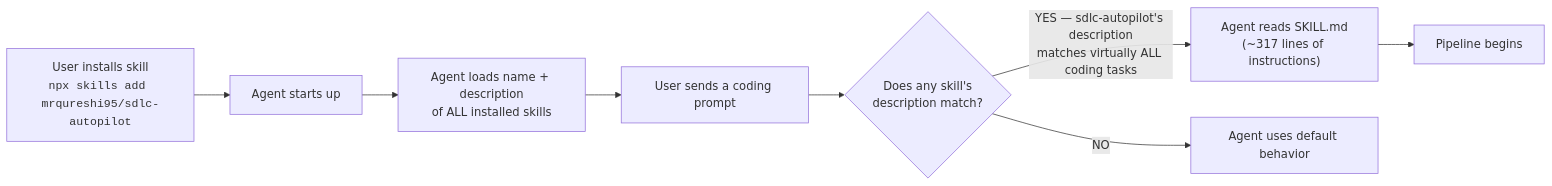
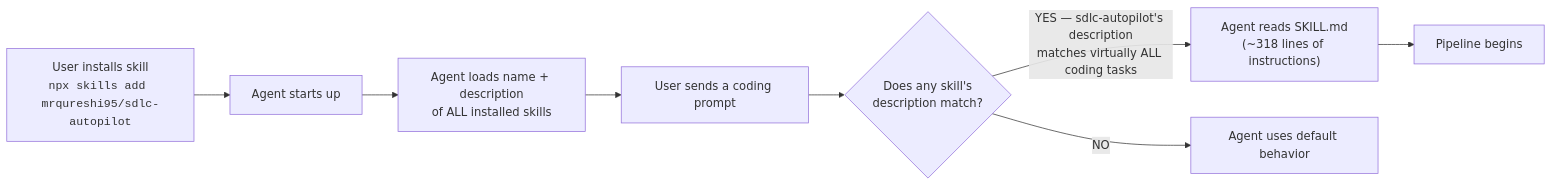
The first of 10 diagrams in GUIDANCE.md (mrqureshi95/sdlc-autopilot), drawn with Mermaid before and after one commit. The commit also changed other lines of this file and 12 other files, not shown here.

````diff
--- a/GUIDANCE.md
+++ b/GUIDANCE.md
@@ -13,10 +13,10 @@
 ```mermaid
 flowchart LR
     A["User installs skill<br/><code>npx skills add mrqureshi95/sdlc-autopilot</code>"] --> B["Agent starts up"]
     B --> C["Agent loads name + description<br/>of ALL installed skills"]
     C --> D["User sends a coding prompt"]
     D --> E{"Does any skill's<br/>description match?"}
-    E -->|"YES — sdlc-autopilot's description<br/>matches virtually ALL coding tasks"| F["Agent reads SKILL.md<br/>(~317 lines of instructions)"]
+    E -->|"YES — sdlc-autopilot's description<br/>matches virtually ALL coding tasks"| F["Agent reads SKILL.md<br/>(~318 lines of instructions)"]
     E -->|NO| G["Agent uses default behavior"]
     F --> H["Pipeline begins"]
 ```
````
